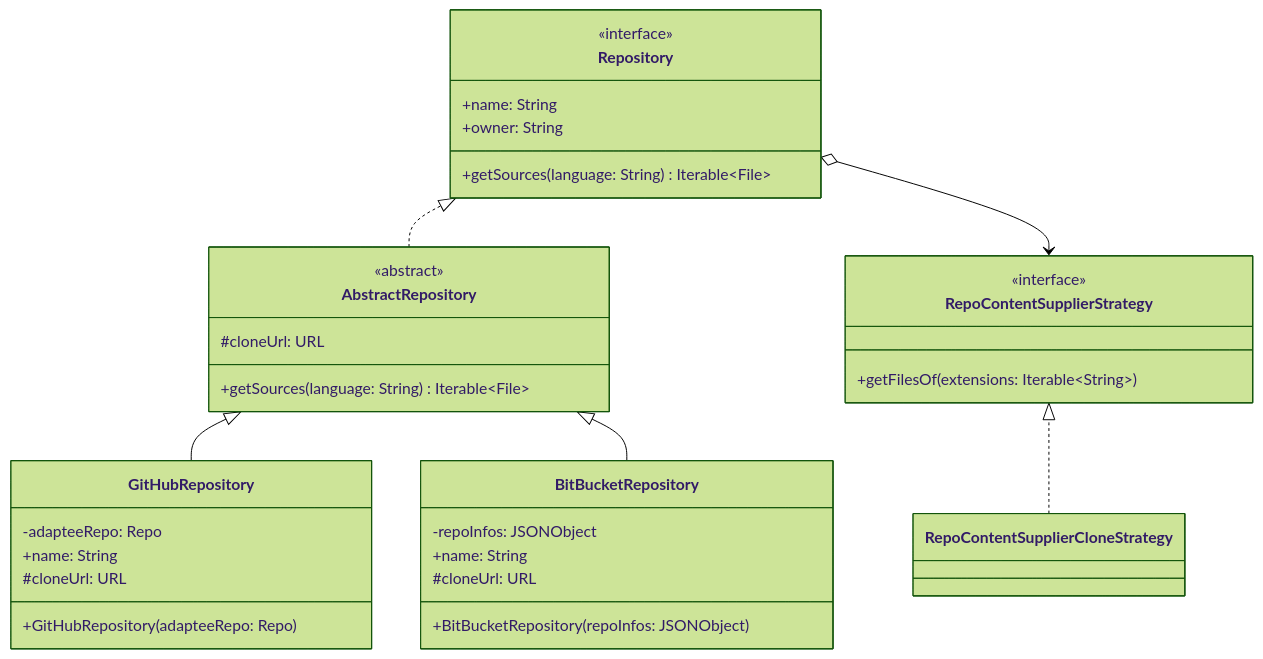
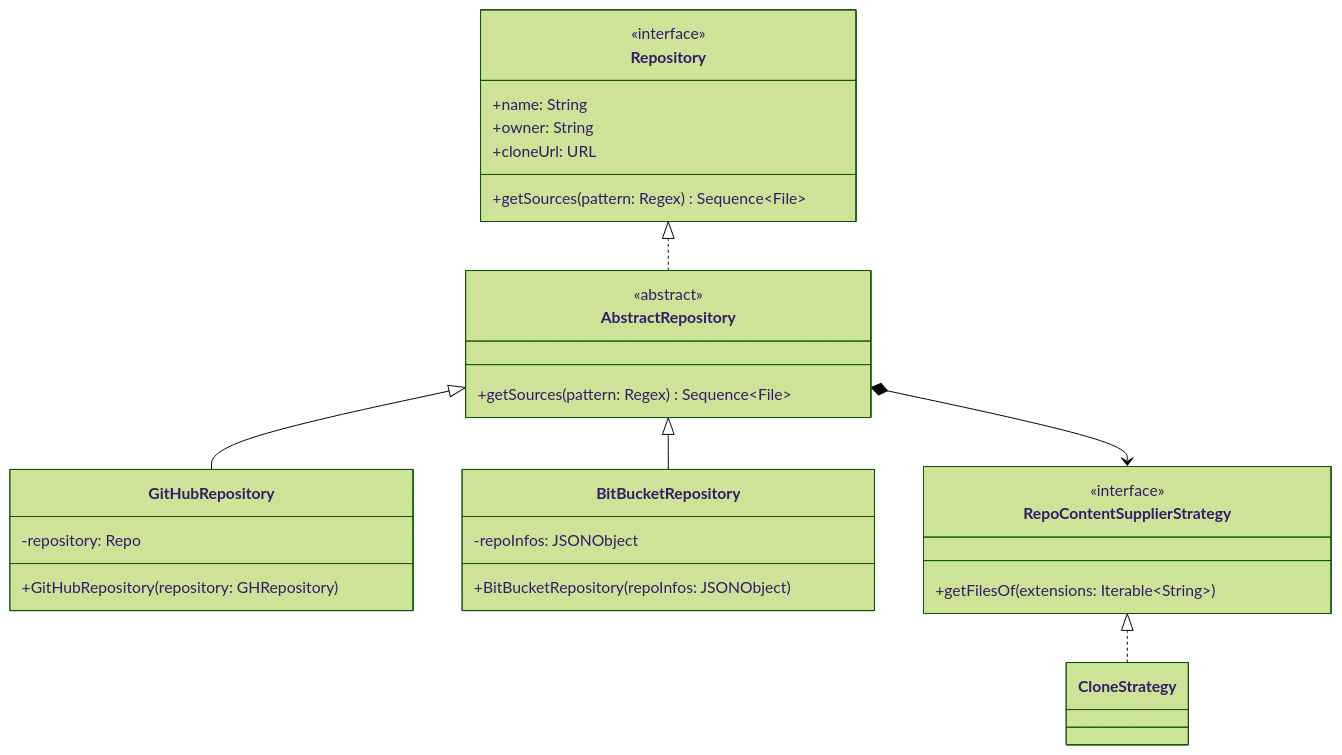
One commit to tassiLuca/code-plagiarism-detector-doc changed the fourth of 11 diagrams in doc.md. Above: the diagram before and after it, drawn with Mermaid (forest theme). The commit also changed other lines of this file, not shown here.

Commit message:
adjustments

````diff
--- a/doc.md
+++ b/doc.md
@@ -184,38 +185,33 @@
 ```mermaid
 classDiagram
     direction BT
     class Repository {
         <<interface>>
         +name: String
         +owner: String
-        +getSources(language: String) Iterable~File~
+        +cloneUrl: URL
+        +getSources(pattern: Regex) Sequence~File~
     }
     class AbstractRepository {
         <<abstract>>
-        #cloneUrl: URL
-        +getSources(language: String) Iterable~File~
+        +getSources(pattern: Regex) Sequence~File~
     }
     AbstractRepository ..|> Repository
     class GitHubRepository {
-        -adapteeRepo: Repo
-        +name: String
-        #cloneUrl: URL
-        +GitHubRepository(adapteeRepo: Repo)
+        -repository: Repo
+        +GitHubRepository(repository: GHRepository)
     }
     class BitBucketRepository {
         -repoInfos: JSONObject
-        +name: String
-        #cloneUrl: URL
         +BitBucketRepository(repoInfos: JSONObject)
     }
     GitHubRepository --|> AbstractRepository
     BitBucketRepository --|> AbstractRepository
 
     class RepoContentSupplierStrategy {
         <<interface>>
         +getFilesOf(extensions: Iterable~String~)
     }
-    RepoContentSupplierStrategy <--o Repository
-    class RepoContentSupplierCloneStrategy 
-    RepoContentSupplierCloneStrategy ..|> RepoContentSupplierStrategy
+    RepoContentSupplierStrategy <--* AbstractRepository
+    CloneStrategy ..|> RepoContentSupplierStrategy
 ```
````
